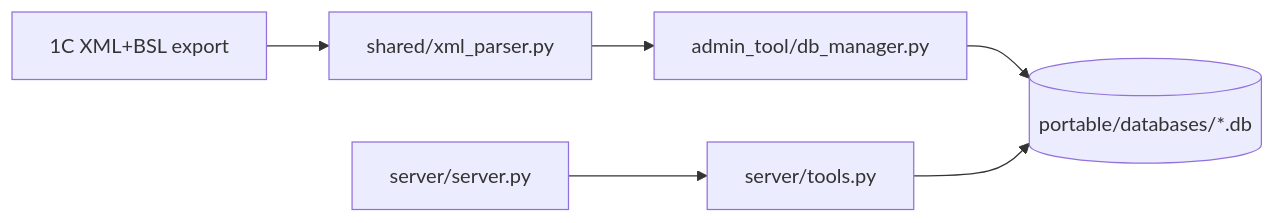
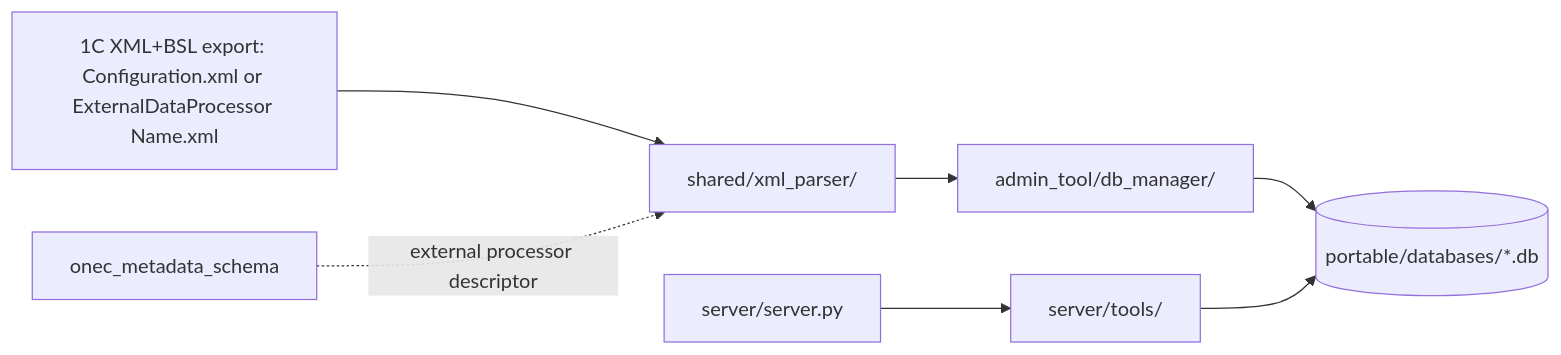
The diagram in docs/architecture.md (ai6i4yvu6147-coder/1c-config-mcp-server), drawn with Mermaid before and after one commit. The commit also changed other lines of this file and 11 other files, not shown here.

````diff
--- a/docs/architecture.md
+++ b/docs/architecture.md
@@ -5,8 +5,9 @@
 ```mermaid
 flowchart LR
-  Export[1C XML+BSL export] --> Parser[shared/xml_parser.py]
-  Parser --> DbBuilder[admin_tool/db_manager.py]
+  Export[1C XML+BSL export: Configuration.xml or ExternalDataProcessor Name.xml] --> Parser[shared/xml_parser/]
+  Lib[onec_metadata_schema] -. external processor descriptor .-> Parser
+  Parser --> DbBuilder[admin_tool/db_manager/]
   DbBuilder --> SQLite[(portable/databases/*.db)]
-  MCP[server/server.py] --> Tools[server/tools.py]
+  MCP[server/server.py] --> Tools[server/tools/]
   Tools --> SQLite
 ```
````
